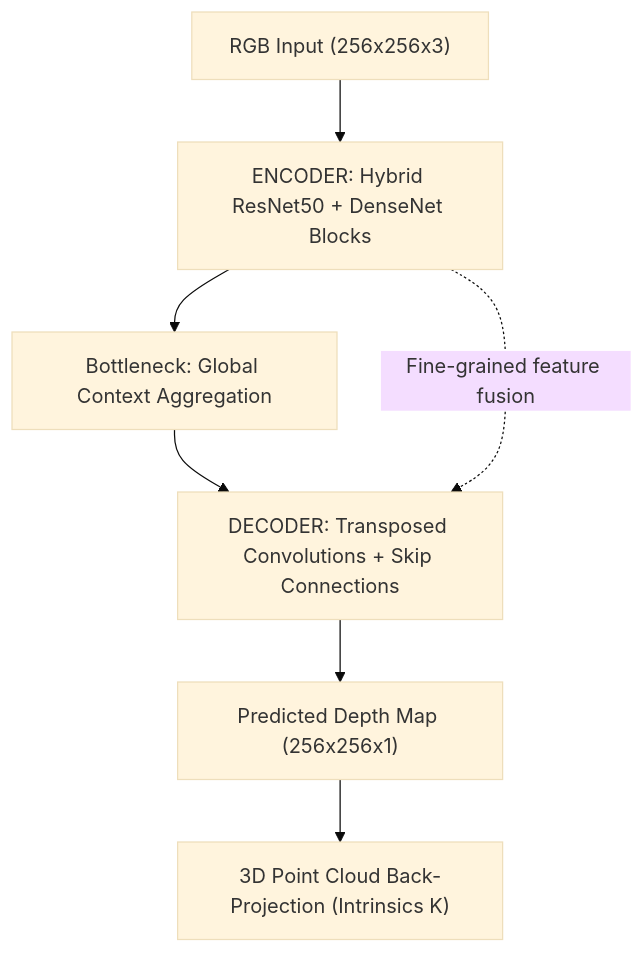
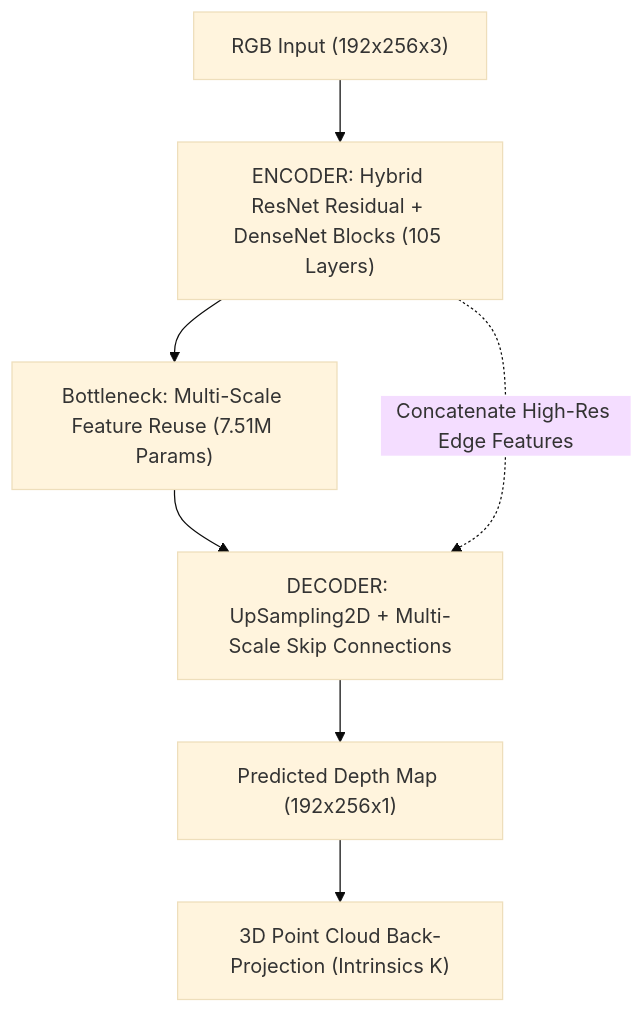
One commit to vinh-gogo/glory-hinody changed the diagram in content/posts/depth-estimation-cnn-ssrc.en.md. Above: the diagram before and after it, drawn with Mermaid (base theme). The commit also changed other lines of this file and 13 other files, not shown here.

````diff
--- a/content/posts/depth-estimation-cnn-ssrc.en.md
+++ b/content/posts/depth-estimation-cnn-ssrc.en.md
@@ -74,9 +74,9 @@
 ```mermaid
 flowchart TD
-    RGB["RGB Input (256x256x3)"] --> ENC["ENCODER: Hybrid ResNet50 + DenseNet Blocks"]
-    ENC --> BOT["Bottleneck: Global Context Aggregation"]
-    BOT --> DEC["DECODER: Transposed Convolutions + Skip Connections"]
-    ENC -.->|"Fine-grained feature fusion"| DEC
-    DEC --> OUT["Predicted Depth Map (256x256x1)"]
+    RGB["RGB Input (192x256x3)"] --> ENC["ENCODER: Hybrid ResNet Residual + DenseNet Blocks (105 Layers)"]
+    ENC --> BOT["Bottleneck: Multi-Scale Feature Reuse (7.51M Params)"]
+    BOT --> DEC["DECODER: UpSampling2D + Multi-Scale Skip Connections"]
+    ENC -.->|"Concatenate High-Res Edge Features"| DEC
+    DEC --> OUT["Predicted Depth Map (192x256x1)"]
     OUT --> PC["3D Point Cloud Back-Projection (Intrinsics K)"]
 ```
````
